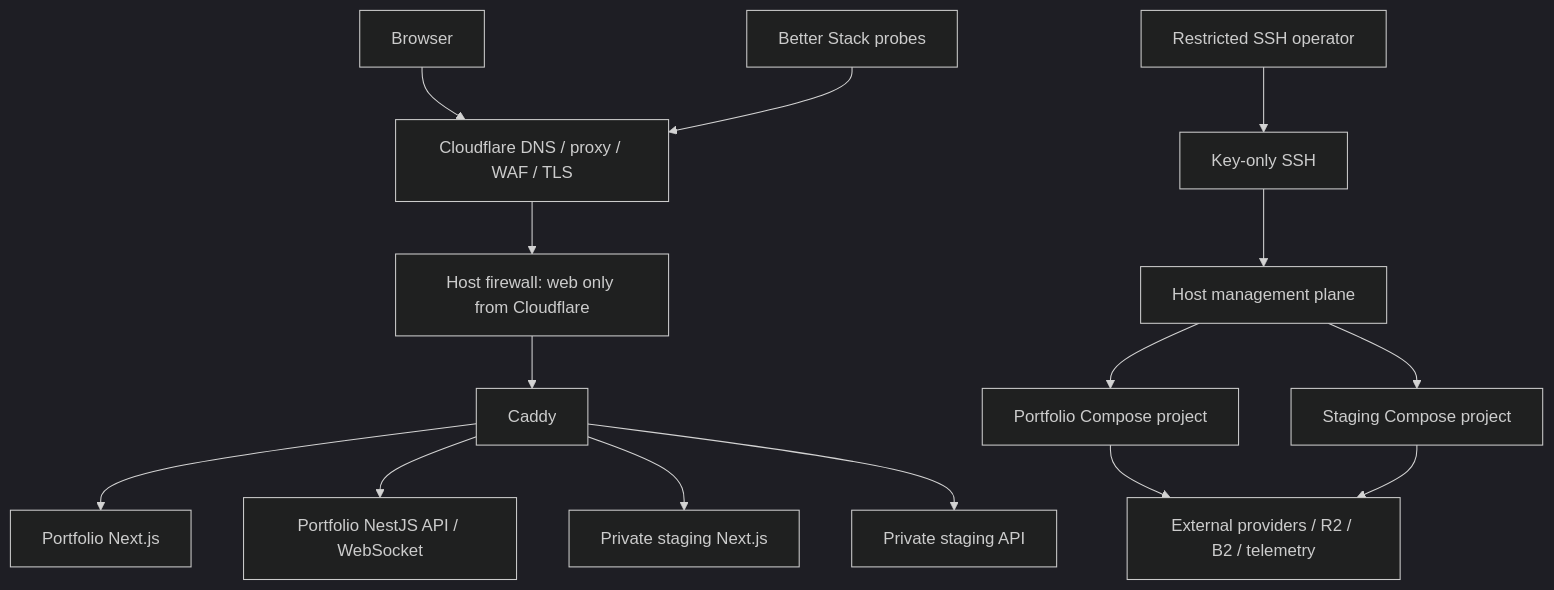
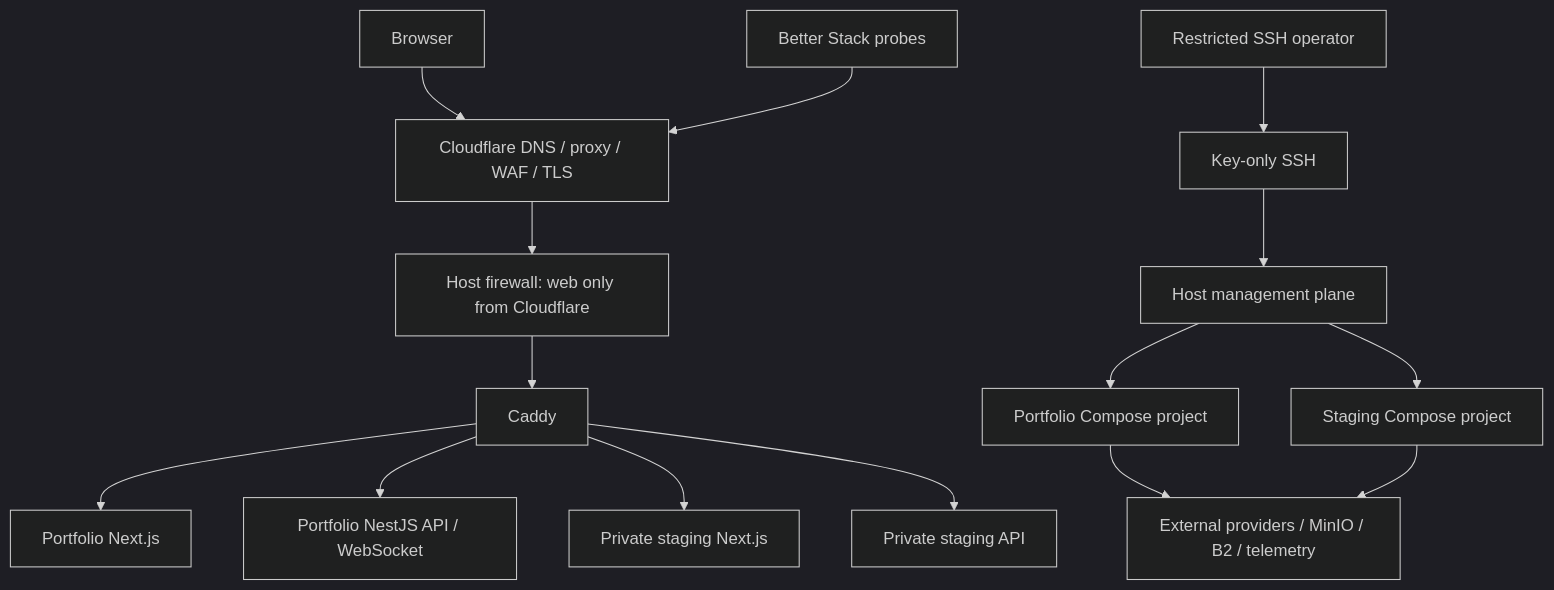
One commit to abenezer-ayalneh/project-junction changed the diagram in docs/deployment/INFRASTRUCTURE-AND-NETWORK-TOPOLOGY.md. Above: the diagram before and after it, drawn with Mermaid (dark theme). The commit also changed other lines of this file and 43 other files, not shown here.

````diff
--- a/docs/deployment/INFRASTRUCTURE-AND-NETWORK-TOPOLOGY.md
+++ b/docs/deployment/INFRASTRUCTURE-AND-NETWORK-TOPOLOGY.md
@@ -16,17 +16,17 @@
 ```mermaid
 flowchart TB
   U[Browser] --> CF[Cloudflare DNS / proxy / WAF / TLS]
   MON[Better Stack probes] --> CF
   CF --> FW[Host firewall: web only from Cloudflare]
   FW --> C[Caddy]
   C --> PWEB[Portfolio Next.js]
   C --> PAPI[Portfolio NestJS API / WebSocket]
   C --> SWEB[Private staging Next.js]
   C --> SAPI[Private staging API]
   ADMIN[Restricted SSH operator] --> SSH[Key-only SSH]
   SSH --> HOST[Host management plane]
   HOST --> PC[Portfolio Compose project]
   HOST --> SC[Staging Compose project]
-  PC --> OFF[External providers / R2 / B2 / telemetry]
+  PC --> OFF[External providers / MinIO / B2 / telemetry]
   SC --> OFF
 ```
````
